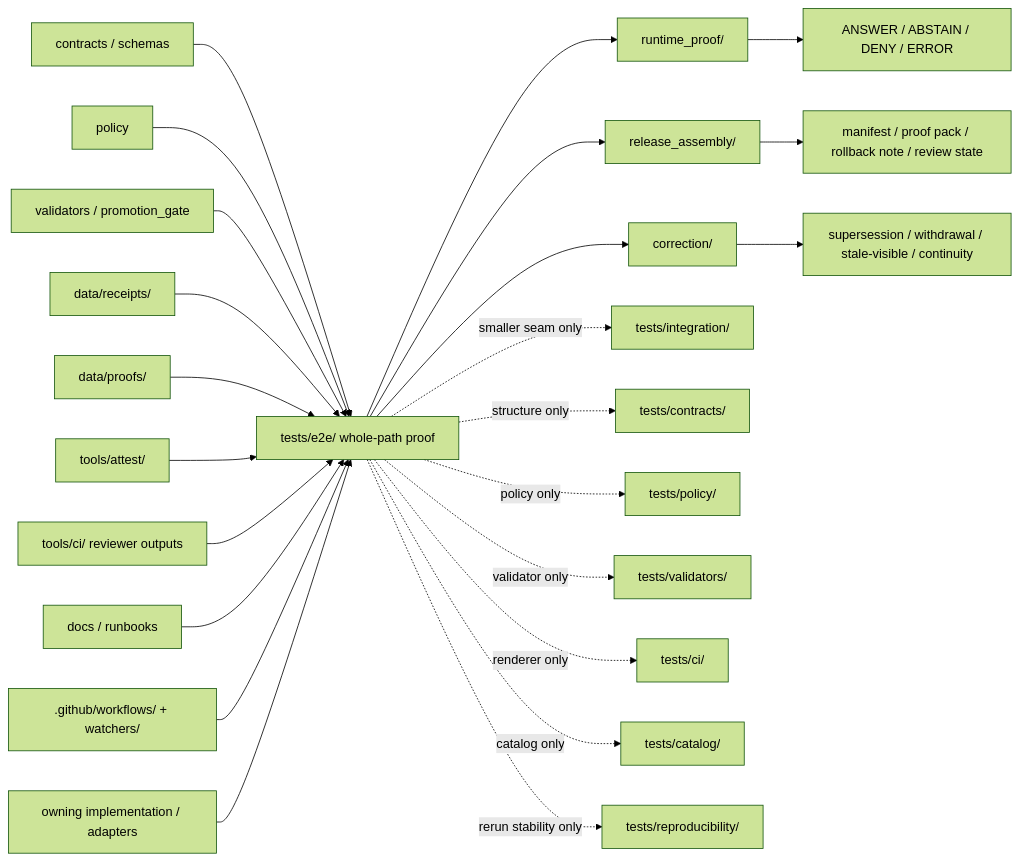
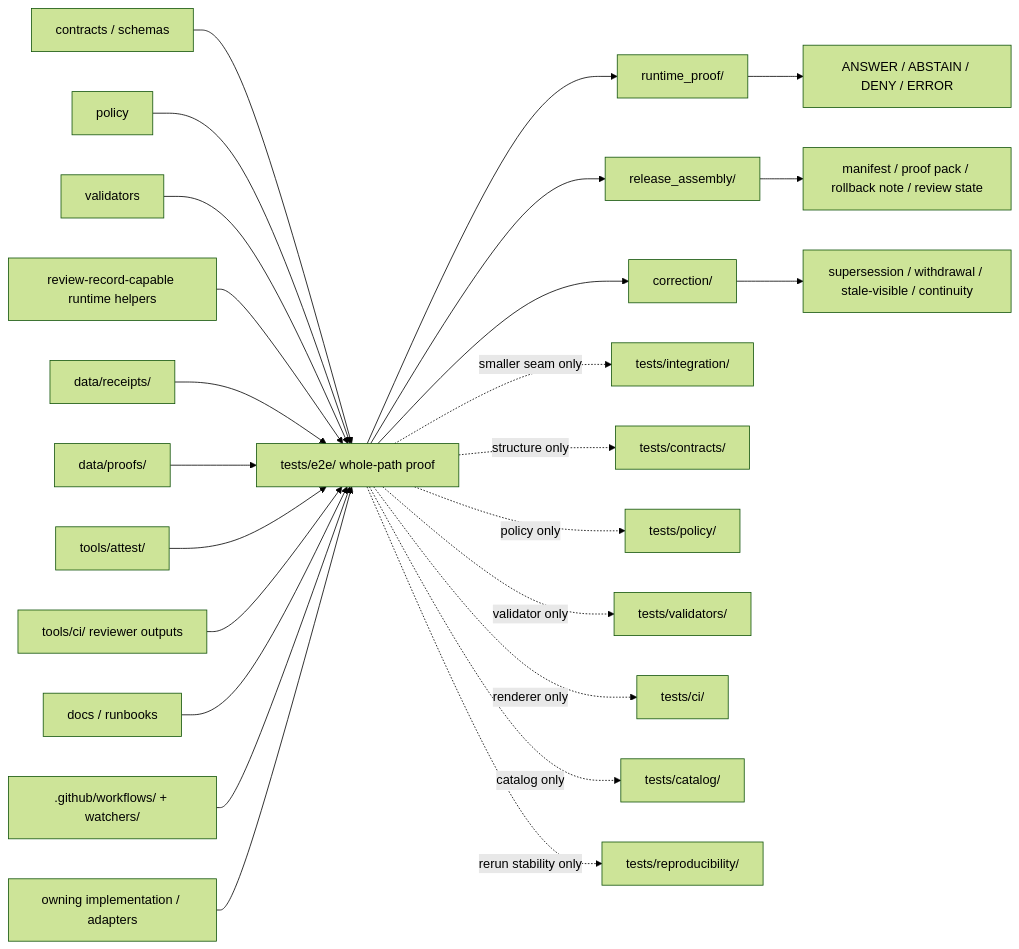
Before and after one commit to bartytime4life/Kansas-Frontier-Matrix: the diagram in tests/e2e/README.md, drawn with Mermaid (forest theme). The commit also changed other lines of this file, not shown here.

````diff
--- a/tests/e2e/README.md
+++ b/tests/e2e/README.md
@@ -471,29 +490,30 @@
 ```mermaid
 flowchart LR
   C["contracts / schemas"] --> E["tests/e2e/ whole-path proof"]
   P["policy"] --> E
-  V["validators / promotion_gate"] --> E
+  V["validators"] --> E
+  RR["review-record-capable runtime helpers"] --> E
   R["data/receipts/"] --> E
   PR["data/proofs/"] --> E
   A["tools/attest/"] --> E
   CI["tools/ci/ reviewer outputs"] --> E
   D["docs / runbooks"] --> E
   W[".github/workflows/ + watchers/"] --> E
   I["owning implementation / adapters"] --> E
 
   E --> RP["runtime_proof/"]
   E --> RA["release_assembly/"]
   E --> CO["correction/"]
 
   RP --> OUT["ANSWER / ABSTAIN / DENY / ERROR"]
   RA --> REL["manifest / proof pack / rollback note / review state"]
   CO --> CORR["supersession / withdrawal / stale-visible / continuity"]
 
   E -. smaller seam only .-> INT["tests/integration/"]
   E -. structure only .-> CON["tests/contracts/"]
   E -. policy only .-> POL["tests/policy/"]
   E -. validator only .-> TV["tests/validators/"]
   E -. renderer only .-> TCI["tests/ci/"]
   E -. catalog only .-> TCAT["tests/catalog/"]
   E -. rerun stability only .-> REP["tests/reproducibility/"]
 ```
````
